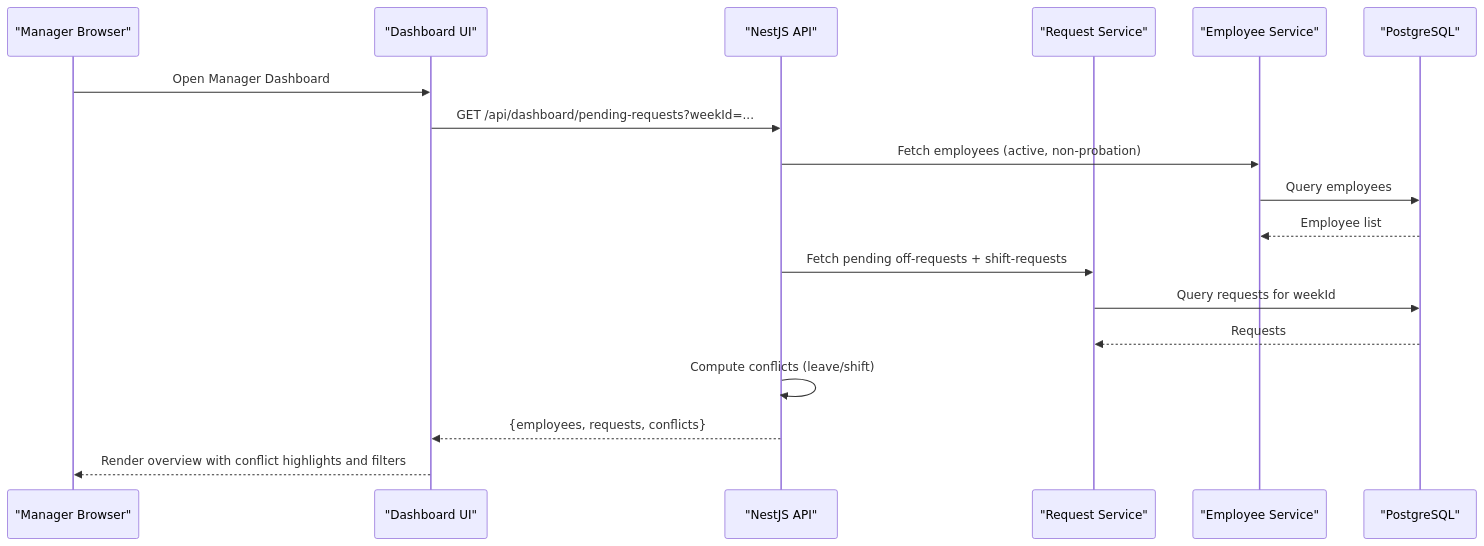
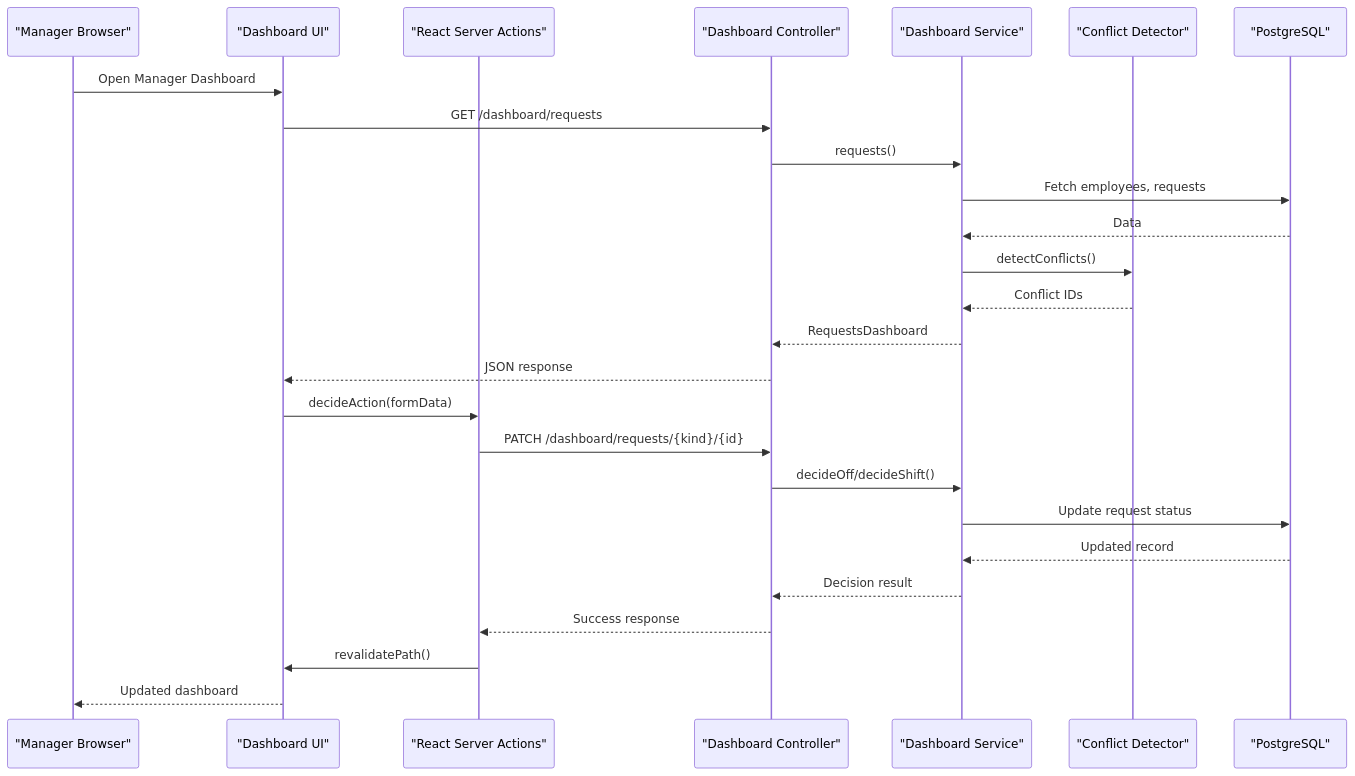
Before and after one commit to epo33m/scheduling: the second of 3 diagrams in .qoder/repowiki/en/content/Product Requirements Document/Functional Specifications/Manager Dashboard Module (F4).md, drawn with Mermaid. The commit also changed other lines of this file and 1 other file, not shown here.

````diff
--- a/.qoder/repowiki/en/content/Product Requirements Document/Functional Specifications/Manager Dashboard Module (F4).md
+++ b/.qoder/repowiki/en/content/Product Requirements Document/Functional Specifications/Manager Dashboard Module (F4).md
@@ -88,20 +111,28 @@
 ```mermaid
 sequenceDiagram
 participant M as "Manager Browser"
 participant D as "Dashboard UI"
-participant API as "NestJS API"
-participant REQ as "Request Service"
-participant EMP as "Employee Service"
+participant A as "React Server Actions"
+participant C as "Dashboard Controller"
+participant S as "Dashboard Service"
+participant CF as "Conflict Detector"
 participant DB as "PostgreSQL"
 M->>D : Open Manager Dashboard
-D->>API : GET /api/dashboard/pending-requests?weekId=...
-API->>EMP : Fetch employees (active, non-probation)
-EMP->>DB : Query employees
-DB-->>EMP : Employee list
-API->>REQ : Fetch pending off-requests + shift-requests
-REQ->>DB : Query requests for weekId
-DB-->>REQ : Requests
-API->>API : Compute conflicts (leave/shift)
-API-->>D : {employees, requests, conflicts}
-D-->>M : Render overview with conflict highlights and filters
+D->>C : GET /dashboard/requests
+C->>S : requests()
+S->>DB : Fetch employees, requests
+DB-->>S : Data
+S->>CF : detectConflicts()
+CF-->>S : Conflict IDs
+S-->>C : RequestsDashboard
+C-->>D : JSON response
+D->>A : decideAction(formData)
+A->>C : PATCH /dashboard/requests/{kind}/{id}
+C->>S : decideOff/decideShift()
+S->>DB : Update request status
+DB-->>S : Updated record
+S-->>C : Decision result
+C-->>A : Success response
+A->>D : revalidatePath()
+D-->>M : Updated dashboard
 ```
````
